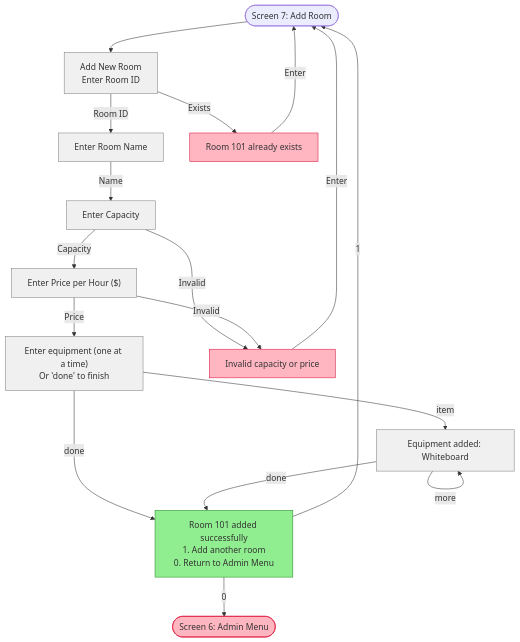
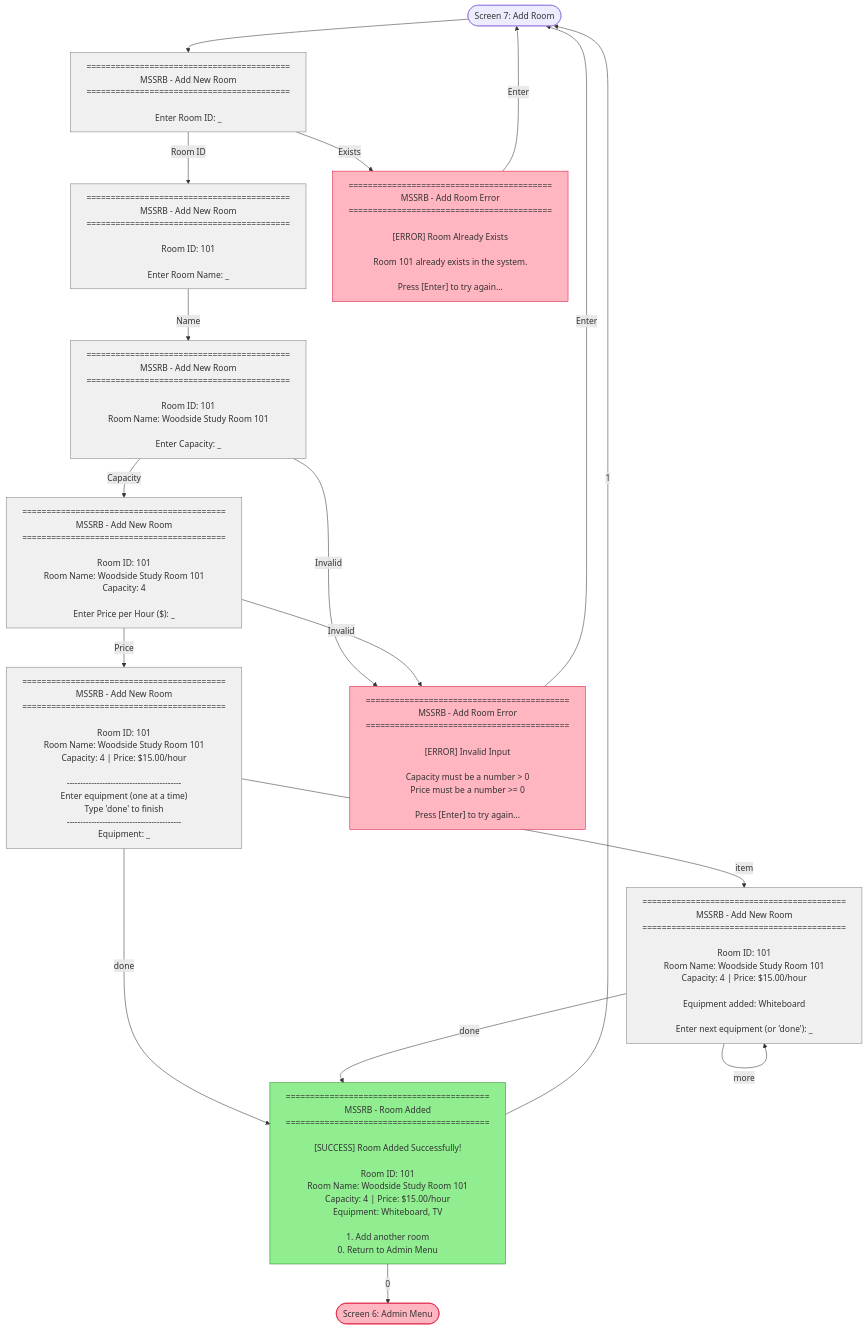
One commit to alii0110-monash/fit5136-study-room-booking changed the diagram in mermaid/member_b/07_add_room.flowchart.mmd. Above: the diagram before and after it, drawn with Mermaid. The commit also changed 14 other files, not shown here.

First line of the commit message:
Convert all Mermaid files to screen-style format

```diff
--- a/mermaid/member_b/07_add_room.flowchart.mmd
+++ b/mermaid/member_b/07_add_room.flowchart.mmd
@@ -1,40 +1,144 @@
 flowchart TB
     ADD_ROOM(["Screen 7: Add Room"])
-    AR1["Add New Room<br>Enter Room ID"]
-    AR2["Enter Room Name"]
-    AR3["Enter Capacity"]
-    AR4["Enter Price per Hour ($)"]
-    AR5["Enter equipment (one at a time)<br>Or 'done' to finish"]
-    AR6["Equipment added: Whiteboard"]
-    AR7["Room 101 added successfully<br>1. Add another room<br>0. Return to Admin Menu"]
-    AR8["Room 101 already exists"]
-    AR9["Invalid capacity or price"]
+
+    AR1["
+==========================================
+MSSRB - Add New Room
+==========================================
+
+Enter Room ID: _
+    "]
+
+    AR2["
+==========================================
+MSSRB - Add New Room
+==========================================
+
+Room ID: 101
+
+Enter Room Name: _
+    "]
+
+    AR3["
+==========================================
+MSSRB - Add New Room
+==========================================
+
+Room ID: 101
+Room Name: Woodside Study Room 101
+
+Enter Capacity: _
+    "]
+
+    AR4["
+==========================================
+MSSRB - Add New Room
+==========================================
+
+Room ID: 101
+Room Name: Woodside Study Room 101
+Capacity: 4
+
+Enter Price per Hour ($): _
+    "]
+
+    AR5["
+==========================================
+MSSRB - Add New Room
+==========================================
+
+Room ID: 101
+Room Name: Woodside Study Room 101
+Capacity: 4 | Price: $15.00/hour
+
+------------------------------------------
+Enter equipment (one at a time)
+Type 'done' to finish
+------------------------------------------
+Equipment: _
+    "]
+
+    AR6["
+==========================================
+MSSRB - Add New Room
+==========================================
+
+Room ID: 101
+Room Name: Woodside Study Room 101
+Capacity: 4 | Price: $15.00/hour
+
+Equipment added: Whiteboard
+
+Enter next equipment (or 'done'): _
+    "]
+
+    AR7["
+==========================================
+MSSRB - Room Added
+==========================================
+
+[SUCCESS] Room Added Successfully!
+
+Room ID: 101
+Room Name: Woodside Study Room 101
+Capacity: 4 | Price: $15.00/hour
+Equipment: Whiteboard, TV
+
+1. Add another room
+0. Return to Admin Menu
+    "]
+
+    AR8["
+==========================================
+MSSRB - Add Room Error
+==========================================
+
+[ERROR] Room Already Exists
+
+Room 101 already exists in the system.
+
+Press [Enter] to try again...
+    "]
+
+    AR9["
+==========================================
+MSSRB - Add Room Error
+==========================================
+
+[ERROR] Invalid Input
+
+Capacity must be a number > 0
+Price must be a number >= 0
+
+Press [Enter] to try again...
+    "]
+
     ADMIN(["Screen 6: Admin Menu"])
 
     ADD_ROOM --> AR1
     AR1 -->|"Room ID"| AR2
     AR2 -->|"Name"| AR3
     AR3 -->|"Capacity"| AR4
     AR4 -->|"Price"| AR5
     AR5 -->|"done"| AR7
     AR5 -->|"item"| AR6
     AR6 -->|"done"| AR7
     AR6 -->|"more"| AR6
     AR1 -->|"Exists"| AR8
     AR3 -->|"Invalid"| AR9
     AR4 -->|"Invalid"| AR9
     AR7 -->|"1"| ADD_ROOM
     AR7 -->|"0"| ADMIN
     AR8 -->|"Enter"| ADD_ROOM
     AR9 -->|"Enter"| ADD_ROOM
 
     style AR1 fill:#F0F0F0,stroke:#808080
     style AR2 fill:#F0F0F0,stroke:#808080
     style AR3 fill:#F0F0F0,stroke:#808080
     style AR4 fill:#F0F0F0,stroke:#808080
     style AR5 fill:#F0F0F0,stroke:#808080
     style AR6 fill:#F0F0F0,stroke:#808080
     style AR7 fill:#90EE90,stroke:#228B22
     style AR8 fill:#FFB6C1,stroke:#DC143C
     style AR9 fill:#FFB6C1,stroke:#DC143C
     style ADMIN fill:#FFB6C1,stroke:#DC143C
```
